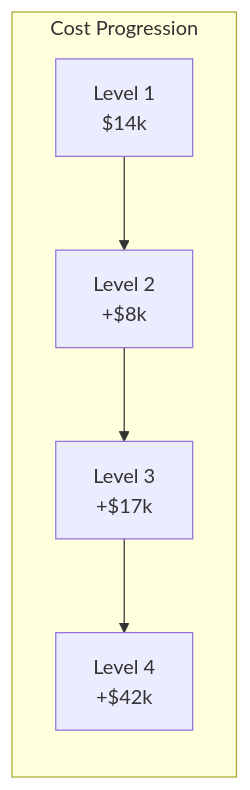
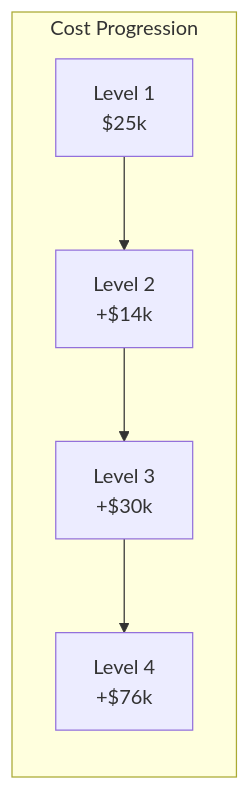
Before and after one commit to jnarwell/drip: the diagram in docs/system/levels.md, drawn with Mermaid. The commit also changed other lines of this file and 45 other files, not shown here.

First line of the commit message:
Refactor power architecture for AC/DC separation

````diff
--- a/docs/system/levels.md
+++ b/docs/system/levels.md
@@ -128,8 +128,8 @@
 ```mermaid
 graph LR
     subgraph "Cost Progression"
-        L1[Level 1<br/>$14k] --> L2[Level 2<br/>+$8k]
-        L2 --> L3[Level 3<br/>+$17k]
-        L3 --> L4[Level 4<br/>+$42k]
+        L1[Level 1<br/>$25k] --> L2[Level 2<br/>+$14k]
+        L2 --> L3[Level 3<br/>+$30k]
+        L3 --> L4[Level 4<br/>+$76k]
     end
 ```
````
